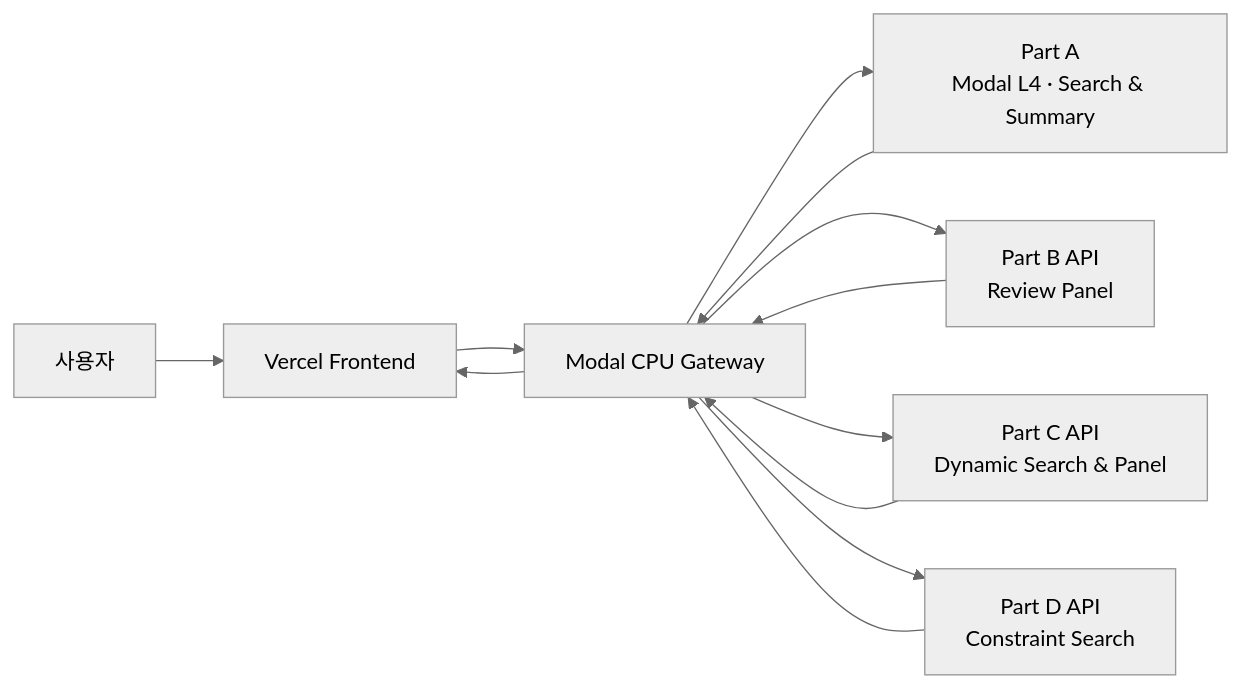
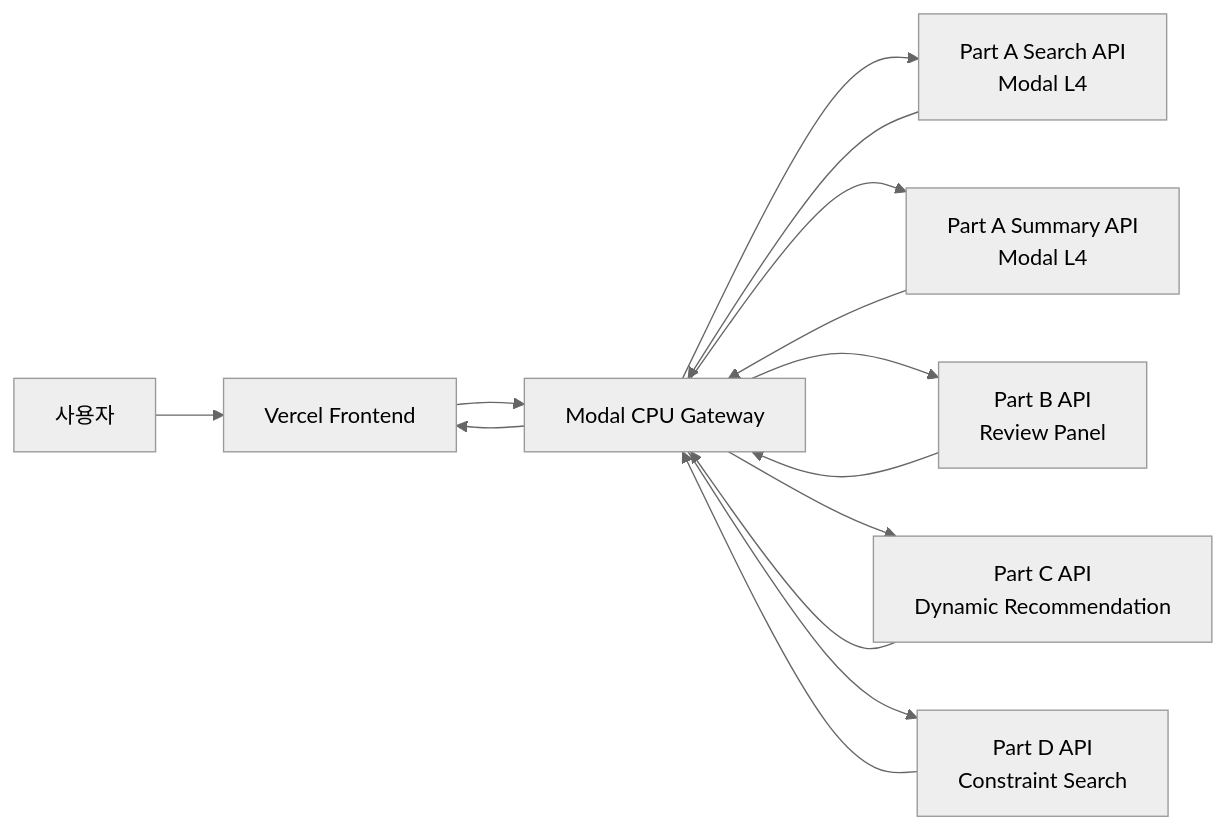
Before and after one commit to hyeonseoshim/steam-domain-llm: the diagram in README.md, drawn with Mermaid (neutral theme). The commit also changed other lines of this file, not shown here.

````diff
--- a/README.md
+++ b/README.md
@@ -66,15 +64,17 @@
 ```mermaid
 flowchart LR
     U[사용자] --> F[Vercel Frontend]
     F --> G[Modal CPU Gateway]
-    G --> A[Part A<br/>Modal L4 · Search & Summary]
+    G --> AS[Part A Search API<br/>Modal L4]
+    G --> AP[Part A Summary API<br/>Modal L4]
     G --> B[Part B API<br/>Review Panel]
-    G --> C[Part C API<br/>Dynamic Search & Panel]
+    G --> C[Part C API<br/>Dynamic Recommendation]
     G --> D[Part D API<br/>Constraint Search]
 
-    A --> G
+    AS --> G
+    AP --> G
     B --> G
     C --> G
     D --> G
     G --> F
 ```
````
